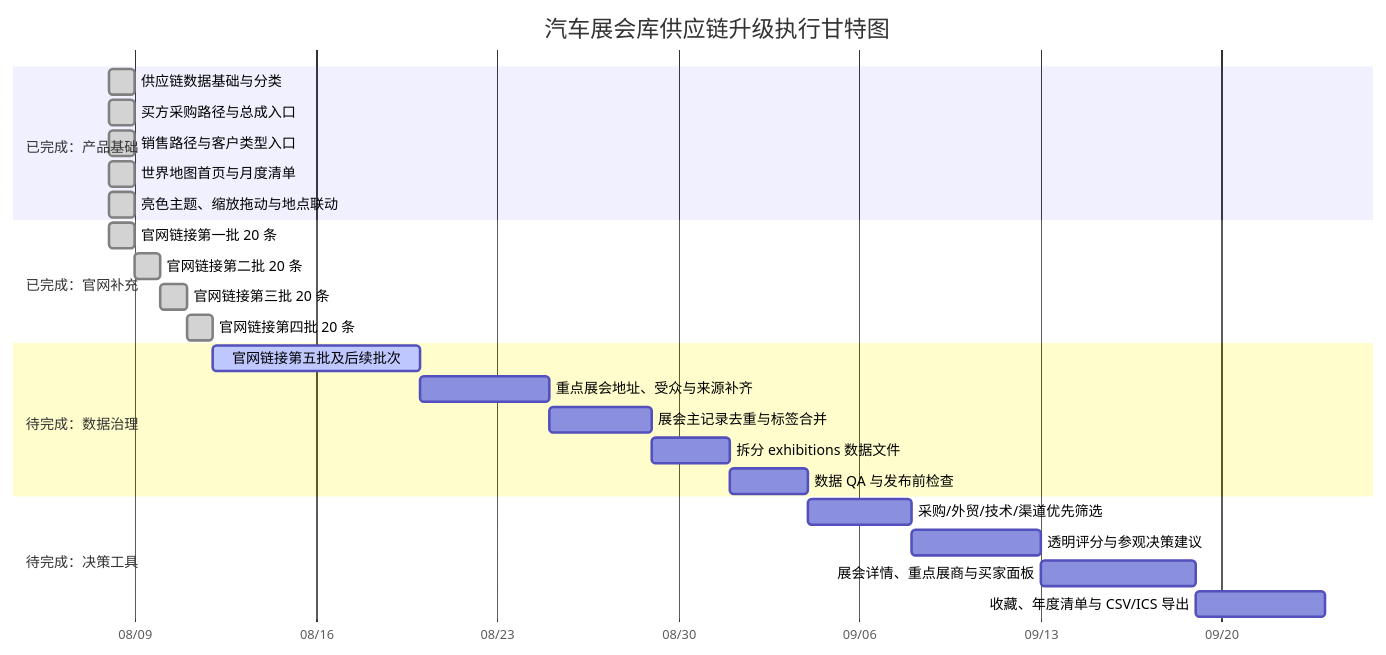
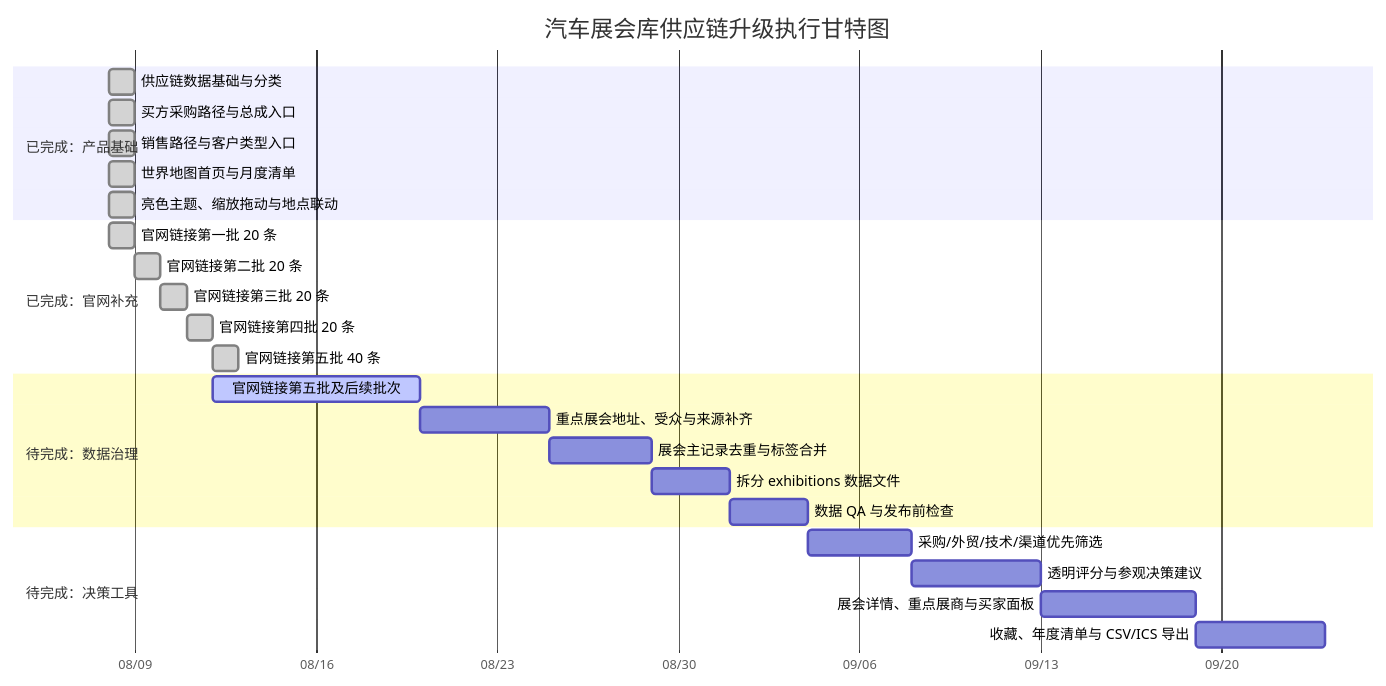
Before and after one commit to Cloudyluk/auto-expo: the diagram in docs/PROJECT_PROGRESS.md, drawn with Mermaid. The commit also changed other lines of this file and 2 other files, not shown here.

Commit message:
Add fifth batch of official exhibition links

````diff
--- a/docs/PROJECT_PROGRESS.md
+++ b/docs/PROJECT_PROGRESS.md
@@ -19,28 +19,29 @@
 ```mermaid
 gantt
     title 汽车展会库供应链升级执行甘特图
     dateFormat  YYYY-MM-DD
     axisFormat  %m/%d
     section 已完成：产品基础
     供应链数据基础与分类             :done, foundation, 2026-08-08, 1d
     买方采购路径与总成入口           :done, buyer, 2026-08-08, 1d
     销售路径与客户类型入口           :done, seller, 2026-08-08, 1d
     世界地图首页与月度清单           :done, map, 2026-08-08, 1d
     亮色主题、缩放拖动与地点联动     :done, interaction, 2026-08-08, 1d
     section 已完成：官网补充
     官网链接第一批 20 条             :done, links1, 2026-08-08, 1d
     官网链接第二批 20 条             :done, links2, after links1, 1d
     官网链接第三批 20 条             :done, links3, after links2, 1d
     官网链接第四批 20 条             :done, links4, after links3, 1d
+    官网链接第五批 40 条             :done, links5done, after links4, 1d
     section 待完成：数据治理
     官网链接第五批及后续批次         :active, links5, after links4, 8d
     重点展会地址、受众与来源补齐     :fields, after links5, 5d
     展会主记录去重与标签合并         :dedupe, after fields, 4d
     拆分 exhibitions 数据文件        :split, after dedupe, 3d
     数据 QA 与发布前检查              :qa, after split, 3d
     section 待完成：决策工具
     采购/外贸/技术/渠道优先筛选       :filters, after qa, 4d
     透明评分与参观决策建议           :score, after filters, 5d
     展会详情、重点展商与买家面板      :detail, after score, 6d
     收藏、年度清单与 CSV/ICS 导出     :plan, after detail, 5d
 ```
````
